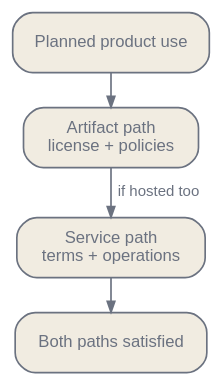
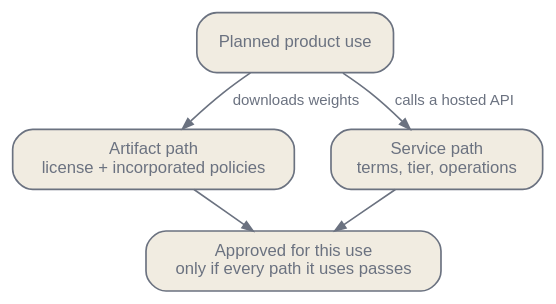
The second of 3 diagrams in en/ecosystem/01-model-landscape.qmd (latere-ai/ai-as-an-infrastructure), drawn with Graphviz before and after one commit. The commit also changed other lines of this file and 1 other file, not shown here.

Commit message:
ecosystem: model landscape embeds the cited release records and draws permission paths in parallel

````diff
--- a/en/ecosystem/01-model-landscape.qmd
+++ b/en/ecosystem/01-model-landscape.qmd
@@ -237,21 +215,22 @@
 ```{dot}
 //| label: fig-permission-service
 //| fig-cap: "Downloaded artifacts and hosted services create different reviews. A product that uses both must satisfy both paths; neither the artifact license nor the service terms can stand in for the other."
 digraph permission_service {
   bgcolor="transparent";
   rankdir=TB;
-  nodesep=0.16;
-  ranksep=0.28;
+  nodesep=0.3;
+  ranksep=0.34;
   node [shape=box, style="rounded,filled", fontname="Helvetica", fontsize=10,
         color="#6b7280", fontcolor="#6b7280", fillcolor="#f1ece1",
         margin="0.12,0.08"];
   edge [color="#6b7280", arrowsize=0.65];
   U [label="Planned product use"];
-  L [label="Artifact path\nlicense + policies"];
-  S [label="Service path\nterms + operations"];
-  B [label="Both paths satisfied"];
-  U -> L;
-  L -> S [label="if hosted too", fontsize=9, fontname="Helvetica", fontcolor="#6b7280"];
+  L [label="Artifact path\nlicense + incorporated policies"];
+  S [label="Service path\nterms, tier, operations"];
+  B [label="Approved for this use\nonly if every path it uses passes"];
+  U -> L [label="downloads weights", fontsize=9, fontname="Helvetica", fontcolor="#6b7280"];
+  U -> S [label="calls a hosted API", fontsize=9, fontname="Helvetica", fontcolor="#6b7280"];
+  L -> B;
   S -> B;
 }
 ```
````
